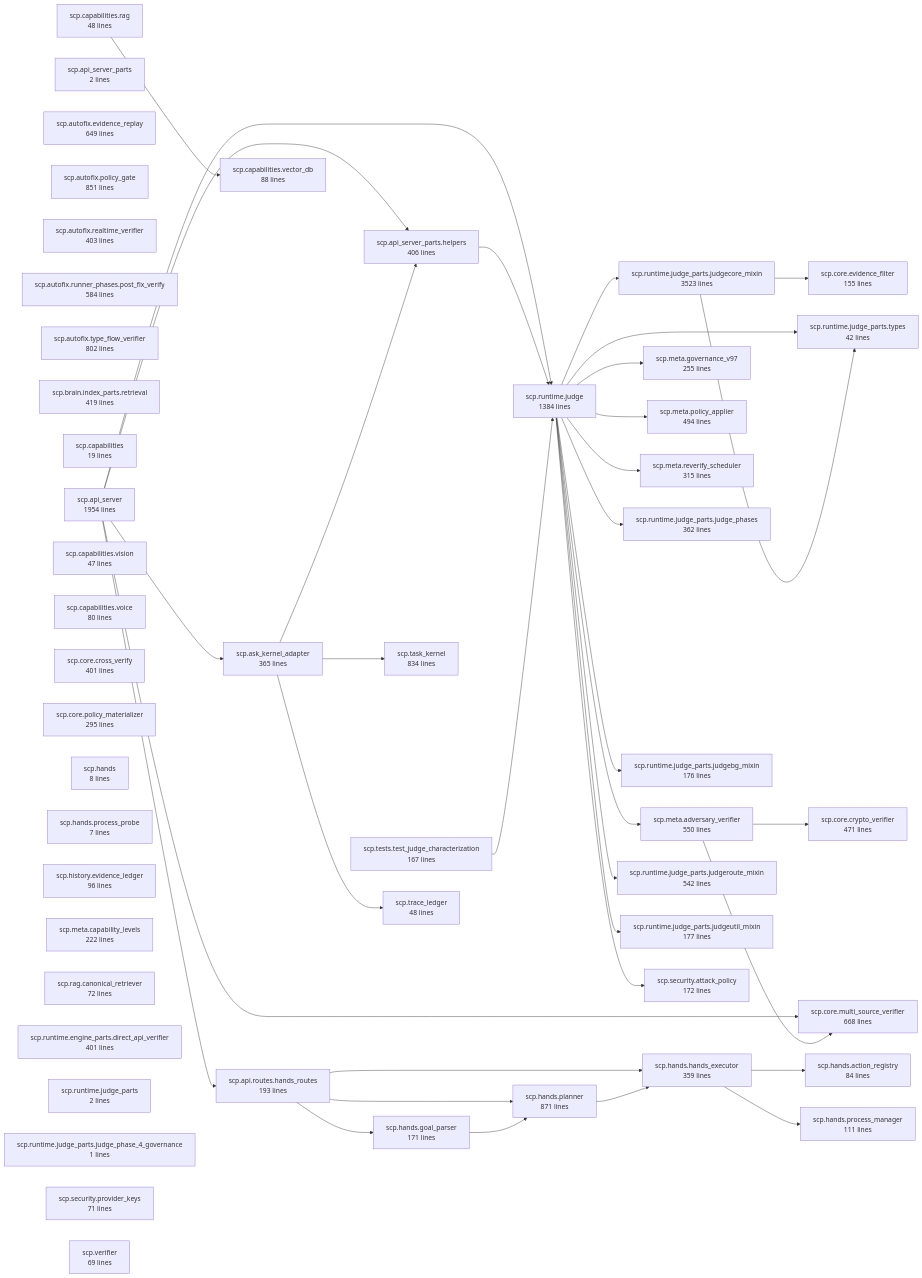
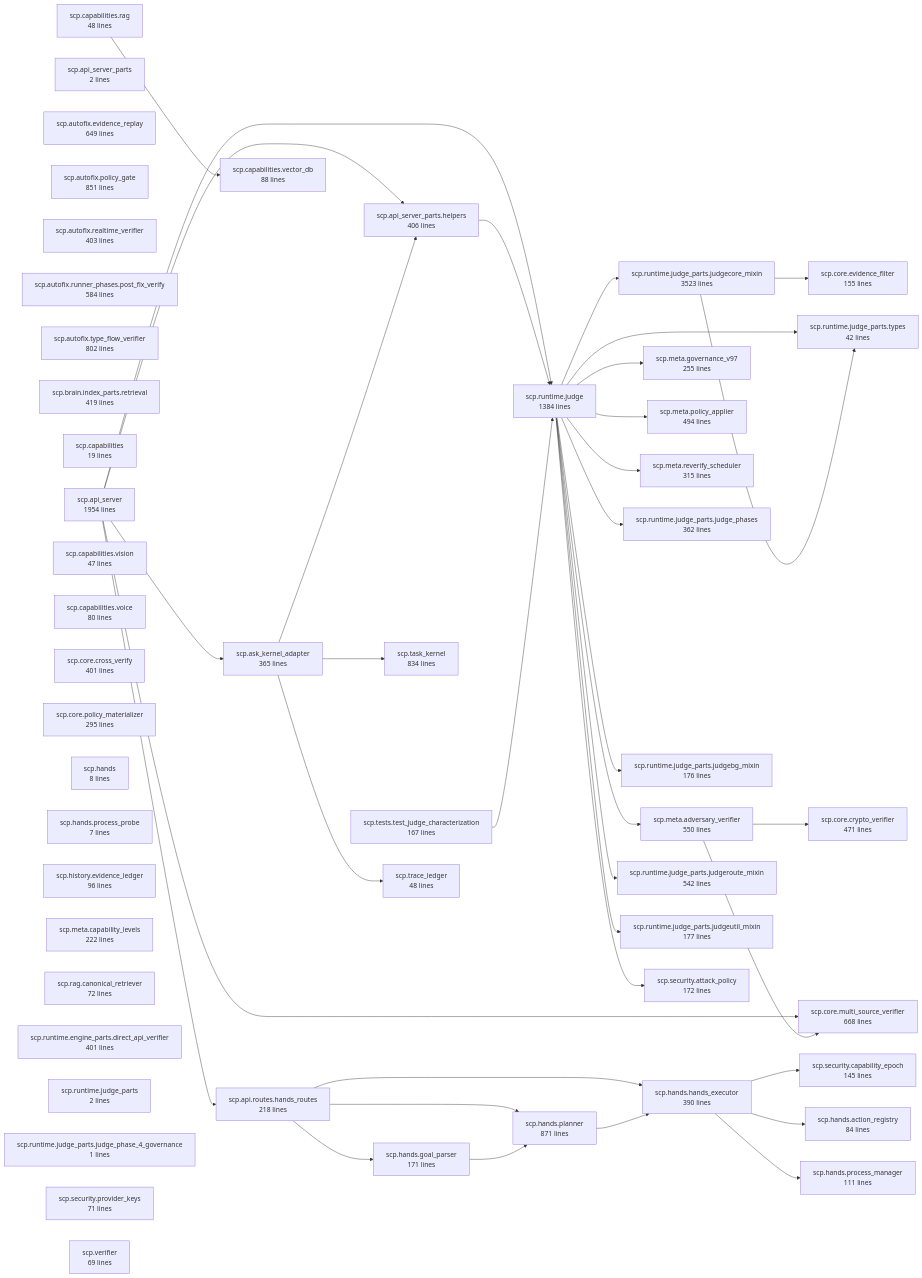
The diagram in reports/codegraph_20260826/codegraph_focused.mmd (checken1994/GA-LAB), drawn with Mermaid before and after one commit. The commit also changed 8 other files, not shown here.

```diff
--- a/reports/codegraph_20260826/codegraph_focused.mmd
+++ b/reports/codegraph_20260826/codegraph_focused.mmd
@@ -1,85 +1,87 @@
 flowchart LR
-    n0["scp.api.routes.hands_routes<br/>193 lines"]
+    n0["scp.api.routes.hands_routes<br/>218 lines"]
     n1["scp.api_server<br/>1954 lines"]
     n2["scp.api_server_parts<br/>2 lines"]
     n3["scp.api_server_parts.helpers<br/>406 lines"]
     n4["scp.ask_kernel_adapter<br/>365 lines"]
     n5["scp.autofix.evidence_replay<br/>649 lines"]
     n6["scp.autofix.policy_gate<br/>851 lines"]
     n7["scp.autofix.realtime_verifier<br/>403 lines"]
     n8["scp.autofix.runner_phases.post_fix_verify<br/>584 lines"]
     n9["scp.autofix.type_flow_verifier<br/>802 lines"]
     n10["scp.brain.index_parts.retrieval<br/>419 lines"]
     n11["scp.capabilities<br/>19 lines"]
     n12["scp.capabilities.rag<br/>48 lines"]
     n13["scp.capabilities.vector_db<br/>88 lines"]
     n14["scp.capabilities.vision<br/>47 lines"]
     n15["scp.capabilities.voice<br/>80 lines"]
     n16["scp.core.cross_verify<br/>401 lines"]
     n17["scp.core.crypto_verifier<br/>471 lines"]
     n18["scp.core.evidence_filter<br/>155 lines"]
     n19["scp.core.multi_source_verifier<br/>668 lines"]
     n20["scp.core.policy_materializer<br/>295 lines"]
     n21["scp.hands<br/>8 lines"]
     n22["scp.hands.action_registry<br/>84 lines"]
     n23["scp.hands.goal_parser<br/>171 lines"]
-    n24["scp.hands.hands_executor<br/>359 lines"]
+    n24["scp.hands.hands_executor<br/>390 lines"]
     n25["scp.hands.planner<br/>871 lines"]
     n26["scp.hands.process_manager<br/>111 lines"]
     n27["scp.hands.process_probe<br/>7 lines"]
     n28["scp.history.evidence_ledger<br/>96 lines"]
     n29["scp.meta.adversary_verifier<br/>550 lines"]
     n30["scp.meta.capability_levels<br/>222 lines"]
     n31["scp.meta.governance_v97<br/>255 lines"]
     n32["scp.meta.policy_applier<br/>494 lines"]
     n33["scp.meta.reverify_scheduler<br/>315 lines"]
     n34["scp.rag.canonical_retriever<br/>72 lines"]
     n35["scp.runtime.engine_parts.direct_api_verifier<br/>401 lines"]
     n36["scp.runtime.judge<br/>1384 lines"]
     n37["scp.runtime.judge_parts<br/>2 lines"]
     n38["scp.runtime.judge_parts.judge_phase_4_governance<br/>1 lines"]
     n39["scp.runtime.judge_parts.judge_phases<br/>362 lines"]
     n40["scp.runtime.judge_parts.judgebg_mixin<br/>176 lines"]
     n41["scp.runtime.judge_parts.judgecore_mixin<br/>3523 lines"]
     n42["scp.runtime.judge_parts.judgeroute_mixin<br/>542 lines"]
     n43["scp.runtime.judge_parts.judgeutil_mixin<br/>177 lines"]
     n44["scp.runtime.judge_parts.types<br/>42 lines"]
     n45["scp.security.attack_policy<br/>172 lines"]
-    n46["scp.security.provider_keys<br/>71 lines"]
-    n47["scp.task_kernel<br/>834 lines"]
-    n48["scp.tests.test_judge_characterization<br/>167 lines"]
-    n49["scp.trace_ledger<br/>48 lines"]
-    n50["scp.verifier<br/>69 lines"]
+    n46["scp.security.capability_epoch<br/>145 lines"]
+    n47["scp.security.provider_keys<br/>71 lines"]
+    n48["scp.task_kernel<br/>834 lines"]
+    n49["scp.tests.test_judge_characterization<br/>167 lines"]
+    n50["scp.trace_ledger<br/>48 lines"]
+    n51["scp.verifier<br/>69 lines"]
     n0 --> n23
     n0 --> n24
     n0 --> n25
     n1 --> n3
     n1 --> n36
     n1 --> n0
     n1 --> n4
     n1 --> n19
     n3 --> n36
-    n4 --> n47
-    n4 --> n49
+    n4 --> n48
+    n4 --> n50
     n4 --> n3
     n12 --> n13
     n23 --> n25
+    n24 --> n46
     n24 --> n22
     n24 --> n26
     n25 --> n24
     n29 --> n17
     n29 --> n19
     n36 --> n40
     n36 --> n41
     n36 --> n42
     n36 --> n43
     n36 --> n44
     n36 --> n32
     n36 --> n29
     n36 --> n31
     n36 --> n45
     n36 --> n33
     n36 --> n39
     n41 --> n18
     n41 --> n44
-    n48 --> n36
+    n49 --> n36
```
